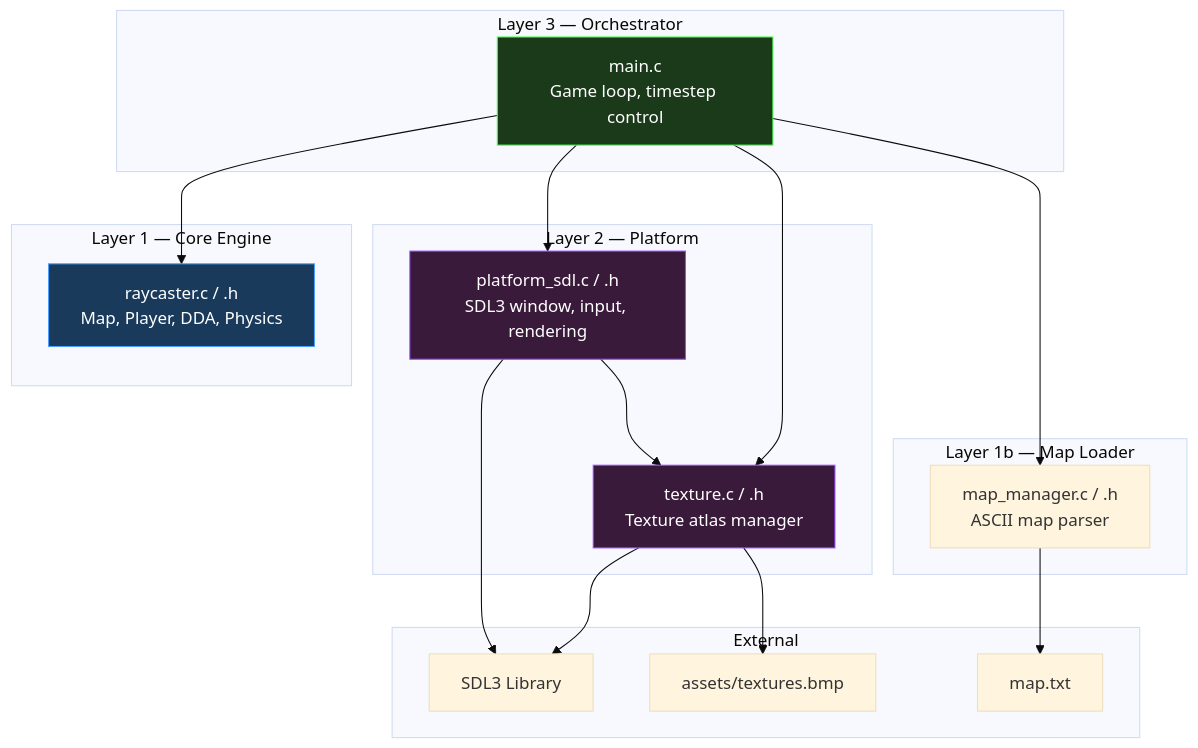
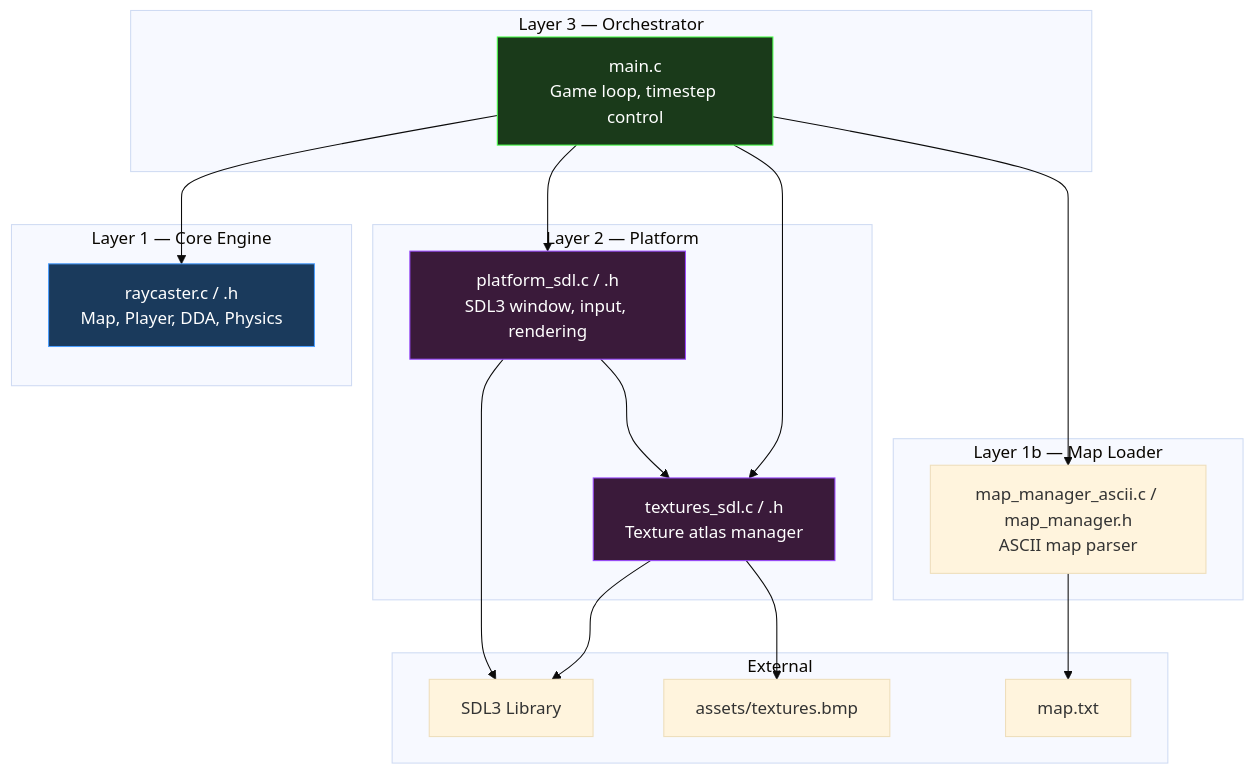
Before and after one commit to seanhodges/simple-3d-raycaster-game: the first of 5 diagrams in docs/ARCHITECTURE.md, drawn with Mermaid (base theme). The commit also changed other lines of this file and 13 other files, not shown here.

````diff
--- a/docs/ARCHITECTURE.md
+++ b/docs/ARCHITECTURE.md
@@ -25,40 +25,40 @@
 ```mermaid
 graph TB
     subgraph "Layer 3 — Orchestrator"
         MAIN["main.c<br/>Game loop, timestep control"]
     end
 
     subgraph "Layer 1 — Core Engine"
         RC["raycaster.c / .h<br/>Map, Player, DDA, Physics"]
     end
 
     subgraph "Layer 2 — Platform"
         PLAT["platform_sdl.c / .h<br/>SDL3 window, input, rendering"]
-        TEX["texture.c / .h<br/>Texture atlas manager"]
+        TEX["textures_sdl.c / .h<br/>Texture atlas manager"]
     end
 
     subgraph "External"
         SDL3["SDL3 Library"]
         MAP["map.txt"]
         BMP["assets/textures.bmp"]
     end
 
     MAIN --> RC
     MAIN --> PLAT
     MAIN --> TEX
     PLAT --> SDL3
     PLAT --> TEX
     TEX --> SDL3
     TEX --> BMP
     subgraph "Layer 1b — Map Loader"
-        MAPMOD["map_manager.c / .h<br/>ASCII map parser"]
+        MAPMOD["map_manager_ascii.c / map_manager.h<br/>ASCII map parser"]
     end
 
     MAIN --> MAPMOD
     MAPMOD --> MAP
 
     style RC fill:#1a3a5c,stroke:#4a9eff,color:#fff
     style PLAT fill:#3a1a3a,stroke:#9a4aff,color:#fff
     style TEX fill:#3a1a3a,stroke:#9a4aff,color:#fff
     style MAIN fill:#1a3a1a,stroke:#4aff4a,color:#fff
 ```
````
